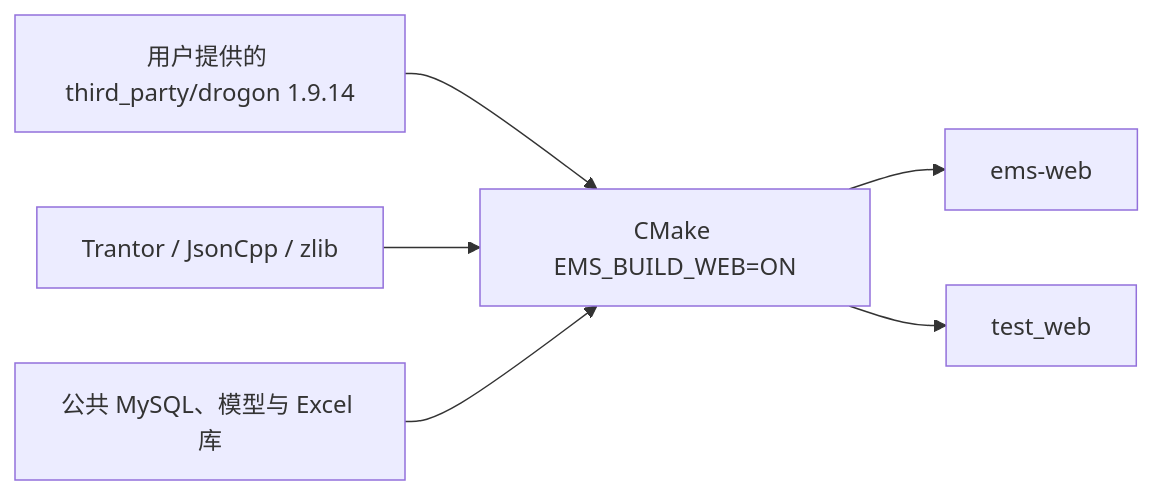
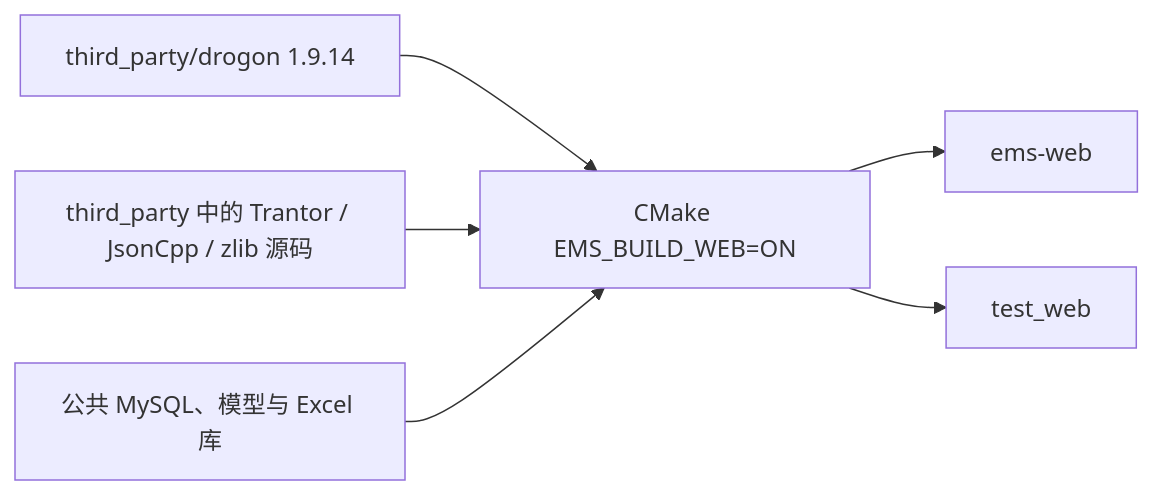
The first of 2 diagrams in website/docs/processes/web/running.md (600888/ems), drawn with Mermaid before and after one commit. The commit also changed other lines of this file and 39 other files, not shown here.

````diff
--- a/website/docs/processes/web/running.md
+++ b/website/docs/processes/web/running.md
@@ -7,8 +7,8 @@
 ```mermaid
 flowchart LR
-    Drogon[用户提供的 third_party/drogon 1.9.14] --> Build[CMake EMS_BUILD_WEB=ON]
-    Deps[Trantor / JsonCpp / zlib] --> Build
+    Drogon[third_party/drogon 1.9.14] --> Build[CMake EMS_BUILD_WEB=ON]
+    Deps[third_party 中的 Trantor / JsonCpp / zlib 源码] --> Build
     Common[公共 MySQL、模型与 Excel 库] --> Build
     Build --> Web[ems-web]
     Build --> Tests[test_web]
 ```
````
